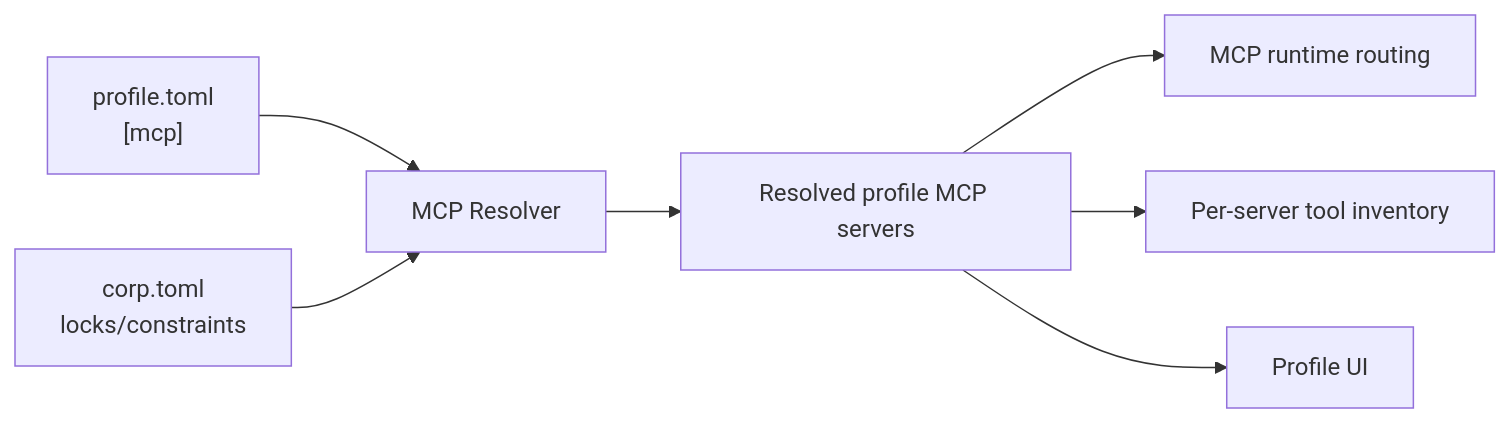
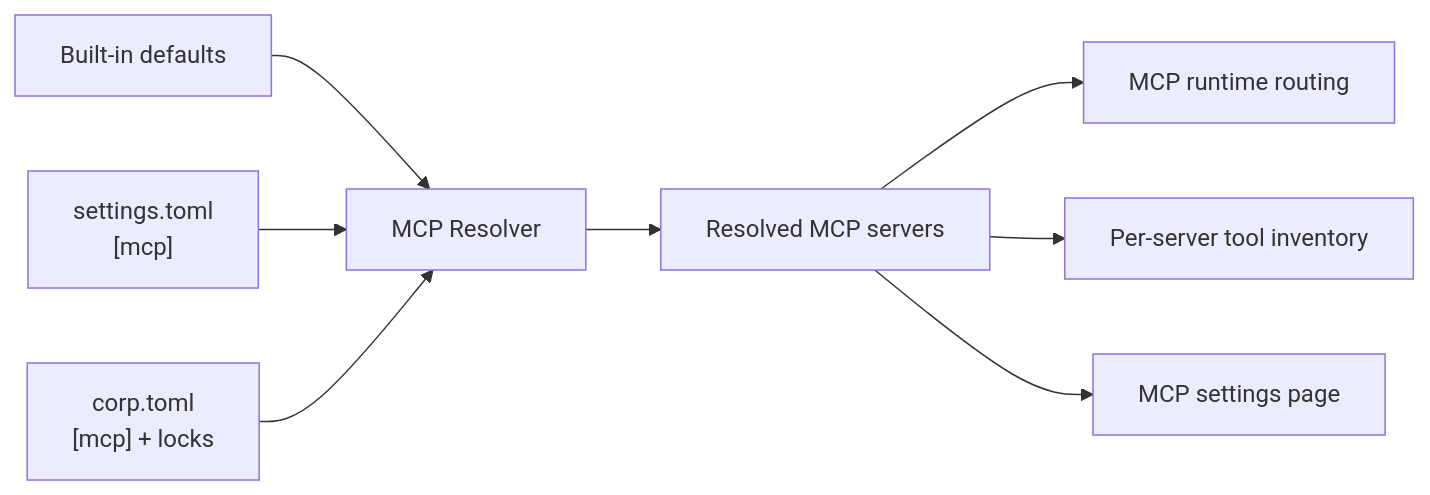
Before and after one commit to google/capsem: the sixth of 6 diagrams in web/docs/src/content/docs/architecture/settings.md, drawn with Mermaid. The commit also changed other lines of this file and 47 other files, not shown here.

````diff
--- a/web/docs/src/content/docs/architecture/settings.md
+++ b/web/docs/src/content/docs/architecture/settings.md
@@ -282,9 +289,10 @@
 ```mermaid
 flowchart LR
-  P["profile.toml\n[mcp]"] --> MR[MCP Resolver]
-  C["corp.toml\nlocks/constraints"] --> MR
-  MR --> MS["Resolved profile MCP servers"]
+  B["Built-in defaults"] --> MR[MCP Resolver]
+  P["settings.toml\n[mcp]"] --> MR
+  C["corp.toml\n[mcp] + locks"] --> MR
+  MR --> MS["Resolved MCP servers"]
   MS --> ROUTE["MCP runtime routing"]
   MS --> TOOLS["Per-server tool inventory"]
-  MS --> TREE["Profile UI"]
+  MS --> TREE["MCP settings page"]
 ```
````
